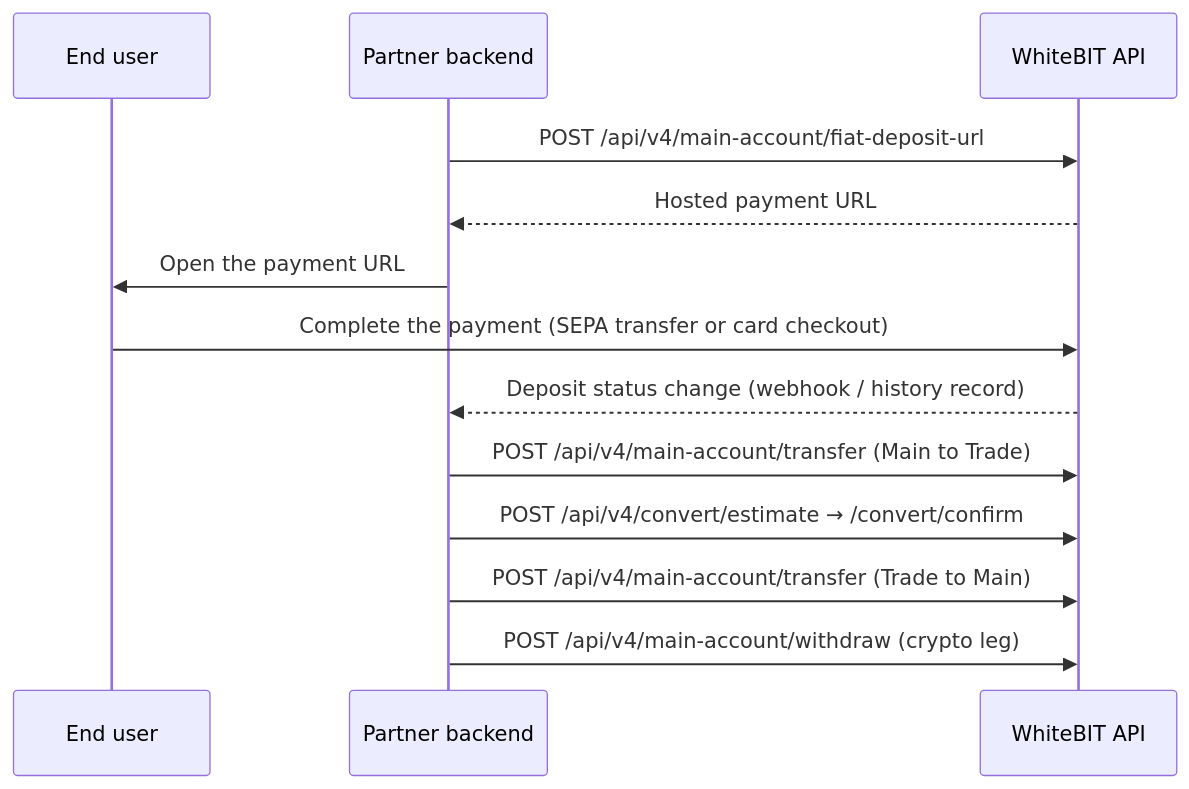
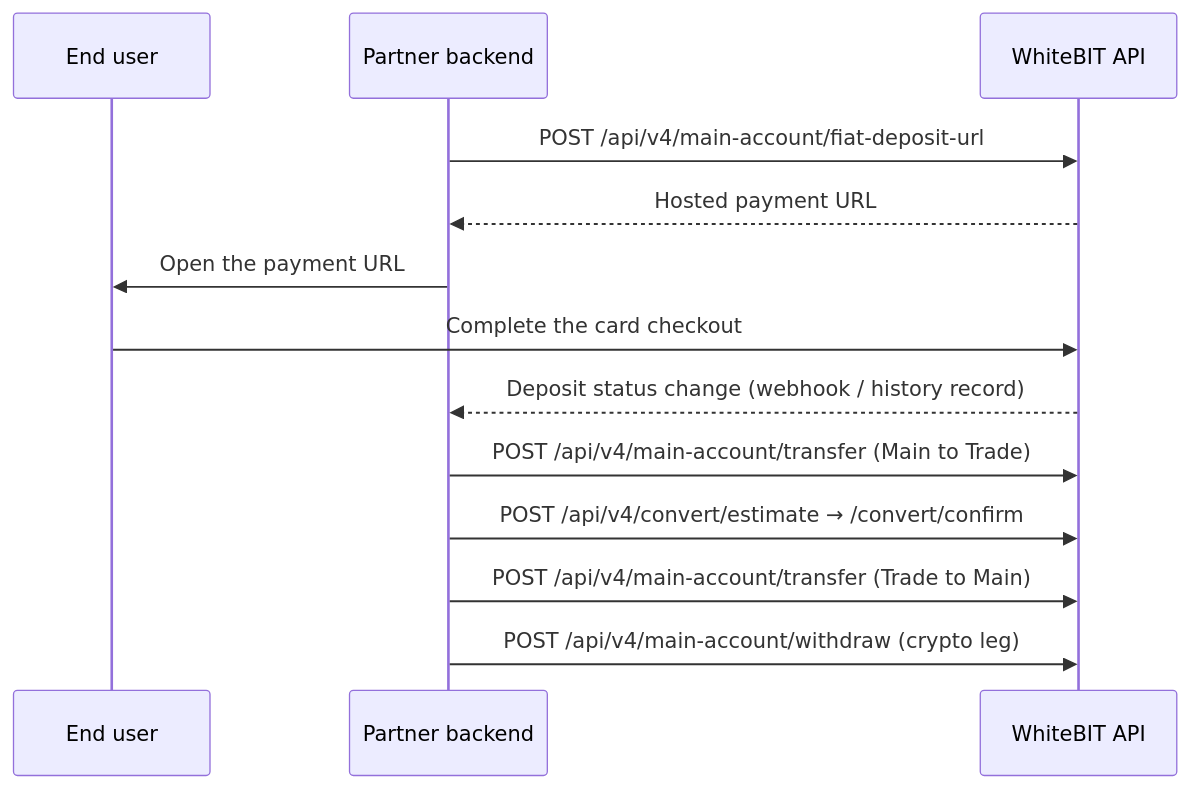
Before and after one commit to whitebit-exchange/docs: the first of 2 diagrams in guides/on-off-ramp-integration.mdx, drawn with Mermaid. The commit also changed other lines of this file and 6 other files, not shown here.

````diff
--- a/guides/on-off-ramp-integration.mdx
+++ b/guides/on-off-ramp-integration.mdx
@@ -32,15 +32,15 @@
 ```mermaid
 sequenceDiagram
     participant User as End user
     participant Partner as Partner backend
     participant WhiteBIT as WhiteBIT API
     Partner->>WhiteBIT: POST /api/v4/main-account/fiat-deposit-url
     WhiteBIT-->>Partner: Hosted payment URL
     Partner->>User: Open the payment URL
-    User->>WhiteBIT: Complete the payment (SEPA transfer or card checkout)
+    User->>WhiteBIT: Complete the card checkout
     WhiteBIT-->>Partner: Deposit status change (webhook / history record)
     Partner->>WhiteBIT: POST /api/v4/main-account/transfer (Main to Trade)
     Partner->>WhiteBIT: POST /api/v4/convert/estimate → /convert/confirm
     Partner->>WhiteBIT: POST /api/v4/main-account/transfer (Trade to Main)
     Partner->>WhiteBIT: POST /api/v4/main-account/withdraw (crypto leg)
 ```
````
